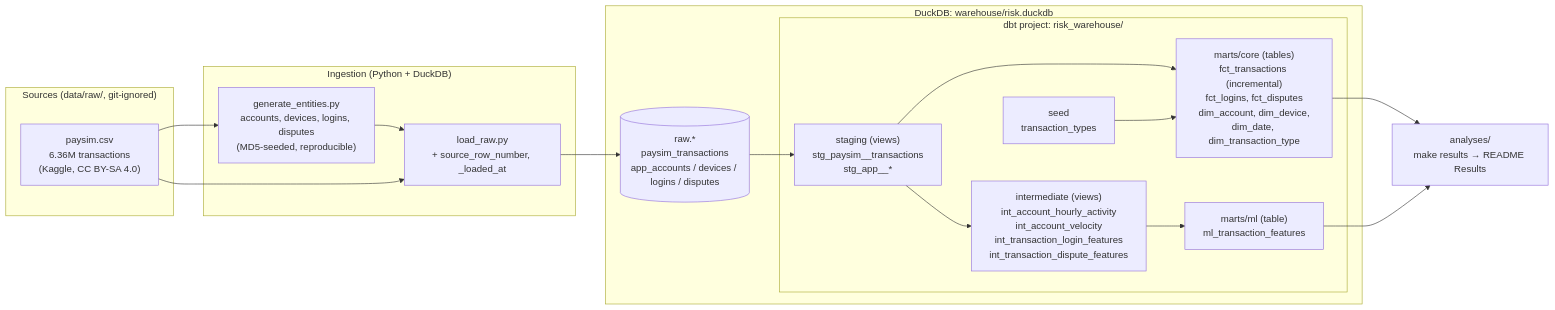
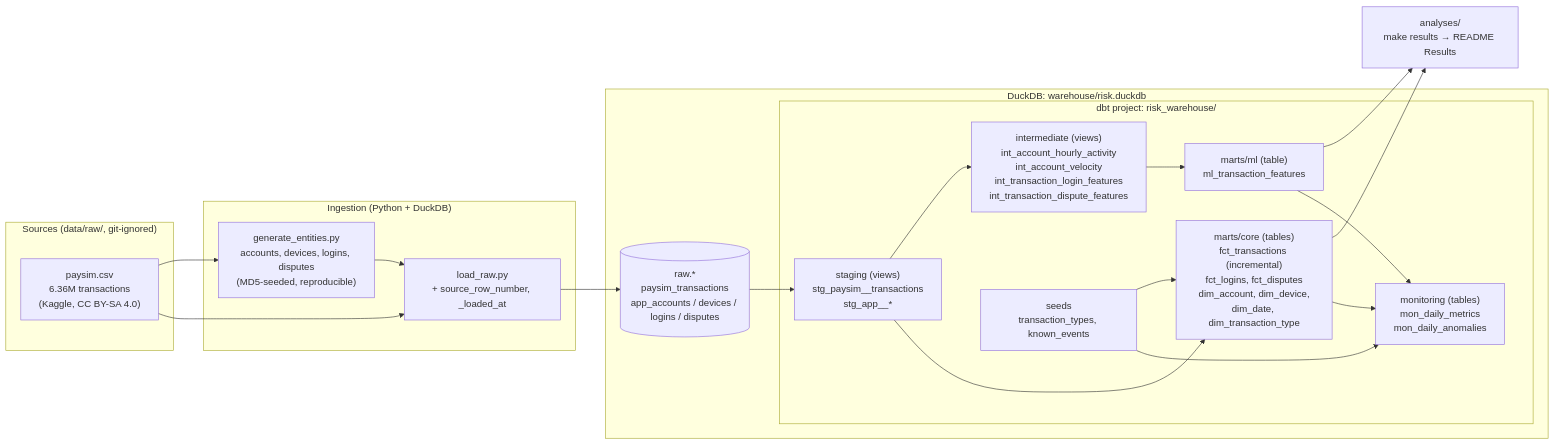
The first of 5 diagrams in docs/architecture.md (karthikrk1/payments-risk-warehouse), drawn with Mermaid before and after one commit. The commit also changed other lines of this file and 16 other files, not shown here.

````diff
--- a/docs/architecture.md
+++ b/docs/architecture.md
@@ -10,34 +10,38 @@
 ```mermaid
 flowchart LR
     subgraph sources["Sources (data/raw/, git-ignored)"]
         paysim["paysim.csv<br/>6.36M transactions<br/>(Kaggle, CC BY-SA 4.0)"]
     end
 
     subgraph ingestion["Ingestion (Python + DuckDB)"]
         gen["generate_entities.py<br/>accounts, devices, logins, disputes<br/>(MD5-seeded, reproducible)"]
         load["load_raw.py<br/>+ source_row_number, _loaded_at"]
     end
 
     subgraph warehouse["DuckDB: warehouse/risk.duckdb"]
         raw[("raw.*<br/>paysim_transactions<br/>app_accounts / devices / logins / disputes")]
 
         subgraph dbt["dbt project: risk_warehouse/"]
             stg["staging (views)<br/>stg_paysim__transactions<br/>stg_app__*"]
             int["intermediate (views)<br/>int_account_hourly_activity<br/>int_account_velocity<br/>int_transaction_login_features<br/>int_transaction_dispute_features"]
             core["marts/core (tables)<br/>fct_transactions (incremental)<br/>fct_logins, fct_disputes<br/>dim_account, dim_device,<br/>dim_date, dim_transaction_type"]
             ml["marts/ml (table)<br/>ml_transaction_features"]
-            seed["seed<br/>transaction_types"]
+            mon["monitoring (tables)<br/>mon_daily_metrics<br/>mon_daily_anomalies"]
+            seed["seeds<br/>transaction_types, known_events"]
         end
     end
 
     analyses["analyses/<br/>make results → README Results"]
 
     paysim --> gen --> load
     paysim --> load
     load --> raw --> stg
     stg --> int --> ml
     stg --> core
     seed --> core
     core --> analyses
     ml --> analyses
+    core --> mon
+    ml --> mon
+    seed --> mon
 ```
````
